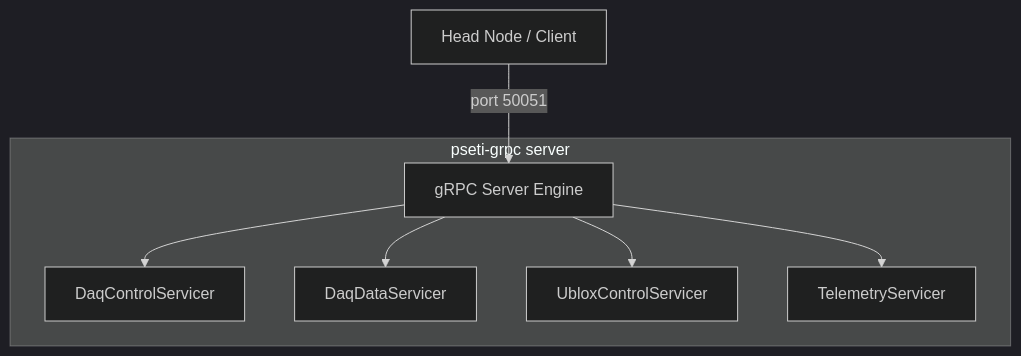
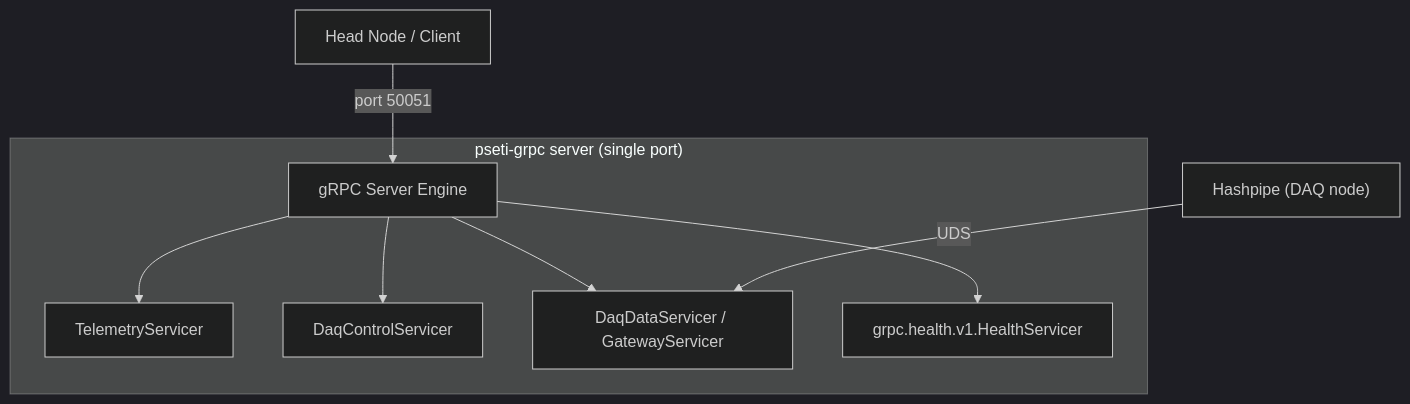
Before and after one commit to panoseti/panoseti_grpc: the diagram in docs/server.md, drawn with Mermaid (dark theme). The commit also changed other lines of this file and 6 other files, not shown here.

````diff
--- a/docs/server.md
+++ b/docs/server.md
@@ -11,17 +9,18 @@
 ```mermaid
 graph TD
-    subgraph "pseti-grpc server"
+    subgraph "pseti-grpc server (single port)"
         S[gRPC Server Engine]
+        T[TelemetryServicer]
         DC[DaqControlServicer]
-        DD[DaqDataServicer]
-        UC[UbloxControlServicer]
-        T[TelemetryServicer]
-        
+        DD[DaqDataServicer / GatewayServicer]
+        H[grpc.health.v1.HealthServicer]
+
+        S --> T
         S --> DC
         S --> DD
-        S --> UC
-        S --> T
+        S --> H
     end
-    
-    C[Head Node / Client] -- port 50051 --> S
+
+    Client["Head Node / Client"] -- "port 50051" --> S
+    HP["Hashpipe (DAQ node)"] -- "UDS" --> DD
 ```
````
